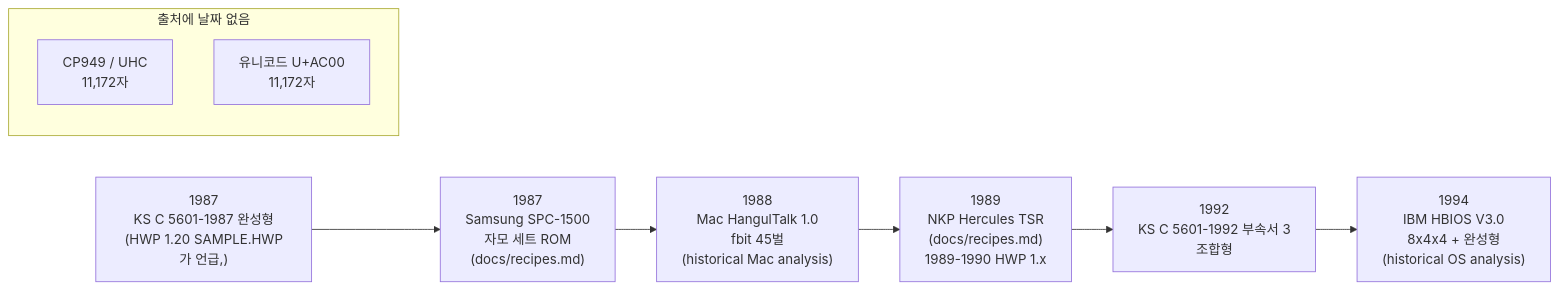
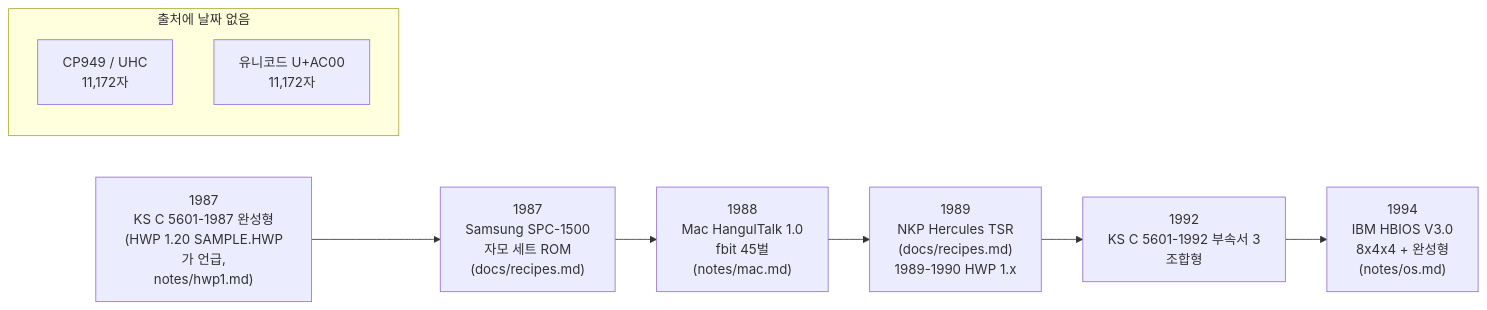
Before and after one commit to TaehyunKimLL/svf-fonts-open: the sixth of 27 diagrams in docs/jamo-sets.ko.md, drawn with Mermaid. The commit also changed other lines of this file and 3 other files, not shown here.

````diff
--- a/docs/jamo-sets.ko.md
+++ b/docs/jamo-sets.ko.md
@@ -203,14 +208,14 @@
 ```mermaid
 flowchart LR
-  A["1987<br/>KS C 5601-1987 완성형<br/>(HWP 1.20 SAMPLE.HWP가 언급,)"]
+  A["1987<br/>KS C 5601-1987 완성형<br/>(HWP 1.20 SAMPLE.HWP가 언급,<br/>notes/hwp1.md)"]
   B["1987<br/>Samsung SPC-1500<br/>자모 세트 ROM<br/>(docs/recipes.md)"]
-  C["1988<br/>Mac HangulTalk 1.0<br/>fbit 45벌<br/>(historical Mac analysis)"]
+  C["1988<br/>Mac HangulTalk 1.0<br/>fbit 45벌<br/>(notes/mac.md)"]
   D["1989<br/>NKP Hercules TSR<br/>(docs/recipes.md)<br/>1989-1990 HWP 1.x"]
   E["1992<br/>KS C 5601-1992 부속서 3<br/>조합형"]
-  F["1994<br/>IBM HBIOS V3.0<br/>8x4x4 + 완성형<br/>(historical OS analysis)"]
+  F["1994<br/>IBM HBIOS V3.0<br/>8x4x4 + 완성형<br/>(notes/os.md)"]
   A --> B --> C --> D --> E --> F
   subgraph N["출처에 날짜 없음"]
     G["CP949 / UHC<br/>11,172자"]
     H["유니코드 U+AC00<br/>11,172자"]
   end
 ```
````
